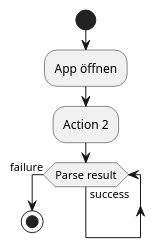
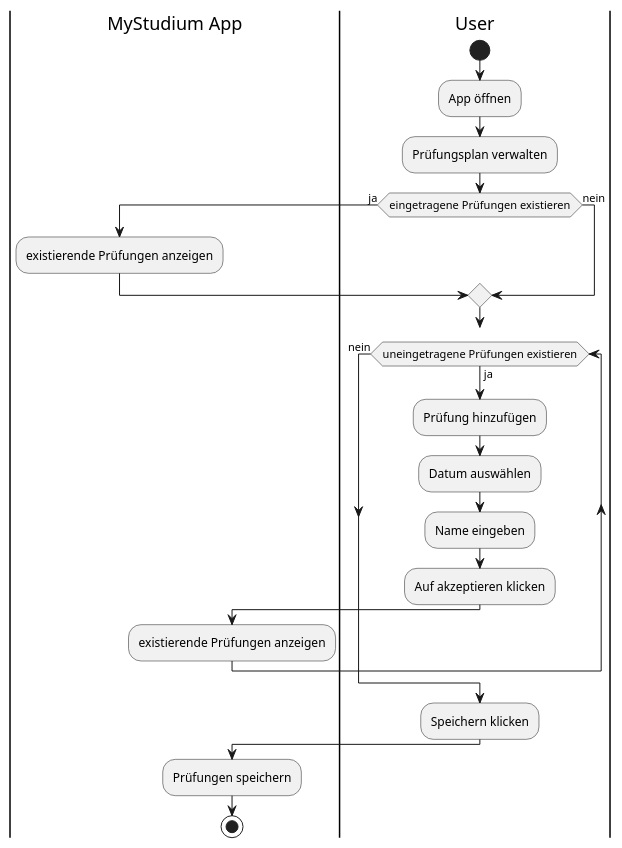
One commit to BjoernMalzacher/MyStudium_SWE_Labor changed the diagram in Activity_uml.puml. Above: the diagram before and after it, drawn with PlantUML.

Commit message:
UML Activity diagramm

```diff
--- a/Activity_uml.puml
+++ b/Activity_uml.puml
@@ -1,18 +1,37 @@
 @startuml
 
 ' Only greyscale
 skinparam monochrome true
 ' Disable shadows
 skinparam shadowing false
-
+|MyStudium App|
+|User|
 start
 :App öffnen;
-:Action 2;
-while(Parse result) is (success)
-endwhile(failure)
+:Prüfungsplan verwalten;
+if (eingetragene Prüfungen existieren) then (ja)
+    |MyStudium App|
+    :existierende Prüfungen anzeigen;
+    
+else (nein)
+    label eintragen
+endif
+|User|
+goto eintragen
+while(uneingetragene Prüfungen existieren) is (ja)
+    :Prüfung hinzufügen;
+    :Datum auswählen;
+    :Name eingeben;
+    :Auf akzeptieren klicken;
+    |MyStudium App|
+    :existierende Prüfungen anzeigen;
+endwhile(nein)
+|User|
+:Speichern klicken;
+|MyStudium App|
+:Prüfungen speichern;
 stop
 
 
 
-
 @enduml
```
